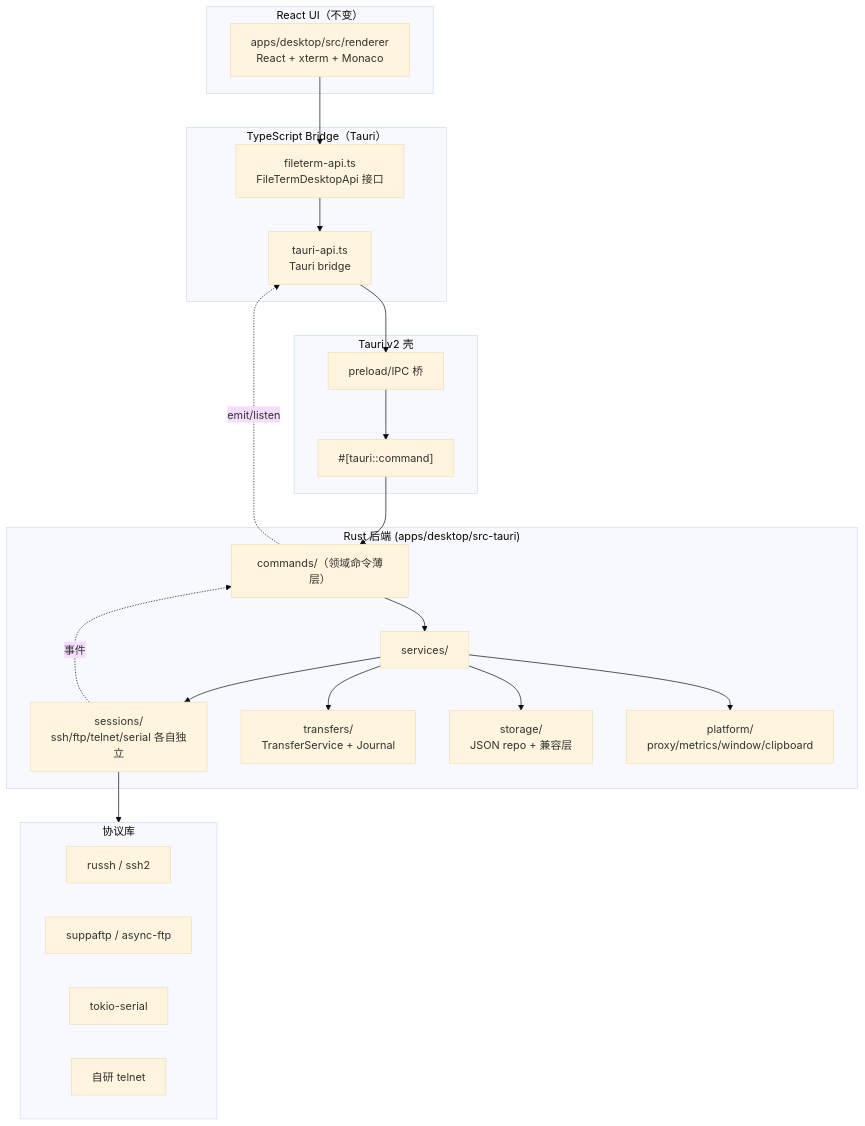
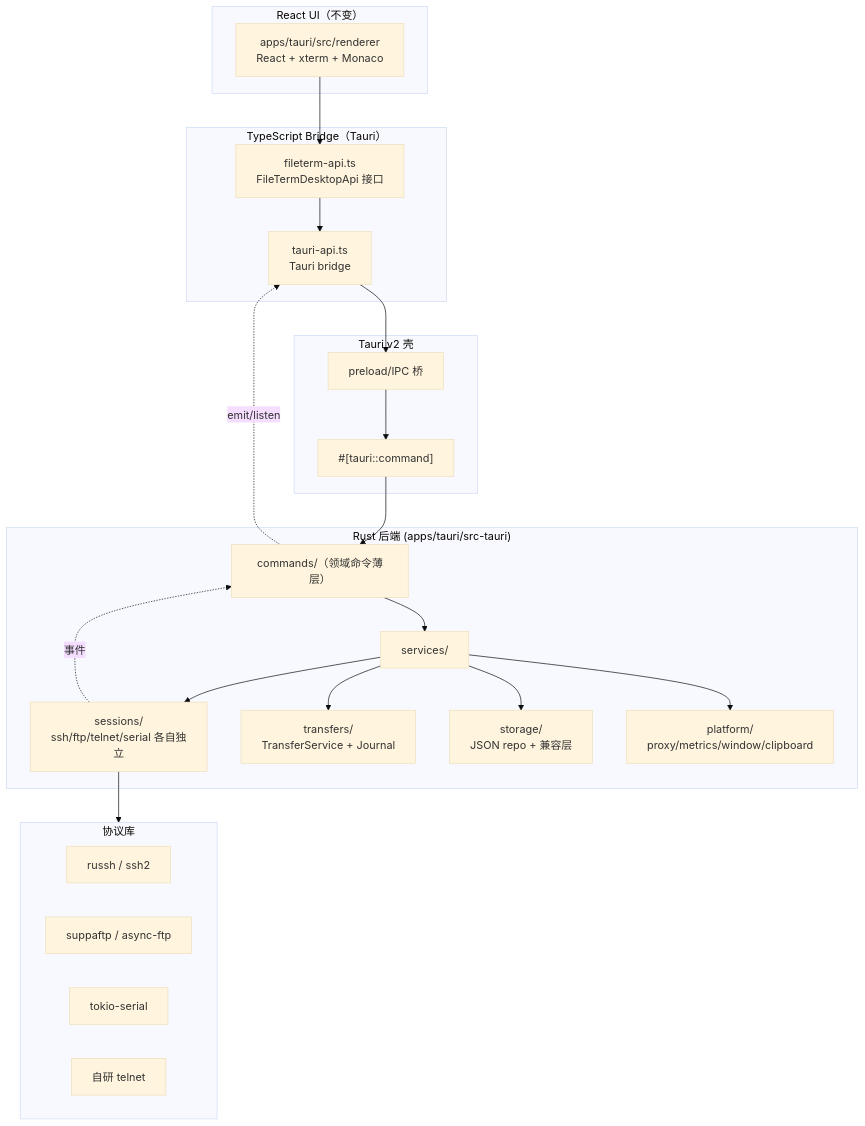
The first of 7 diagrams in docs/plans/active/rust-backend-migration-plan.md (ynx-official/fileterm), drawn with Mermaid (base theme) before and after one commit. The commit also changed other lines of this file and 483 other files, not shown here.

Commit message:
refactor: split tauri and electron apps

````diff
--- a/docs/plans/active/rust-backend-migration-plan.md
+++ b/docs/plans/active/rust-backend-migration-plan.md
@@ -156,37 +156,37 @@
 ```mermaid
 graph TB
   subgraph Renderer["React UI（不变）"]
-    UI["apps/desktop/src/renderer<br/>React + xterm + Monaco"]
+    UI["apps/tauri/src/renderer<br/>React + xterm + Monaco"]
   end
   subgraph Bridge["TypeScript Bridge（Tauri）"]
     FA["fileterm-api.ts<br/>FileTermDesktopApi 接口"]
     TA["tauri-api.ts<br/>Tauri bridge"]
   end
   subgraph TauriShell["Tauri v2 壳"]
     TPRE["preload/IPC 桥"]
     TCMD["#[tauri::command]"]
   end
-  subgraph RustBackend["Rust 后端 (apps/desktop/src-tauri)"]
+  subgraph RustBackend["Rust 后端 (apps/tauri/src-tauri)"]
     CMD["commands/（领域命令薄层）"]
     SVC["services/"]
     SESS["sessions/<br/>ssh/ftp/telnet/serial 各自独立"]
     TRF["transfers/<br/>TransferService + Journal"]
     STO["storage/<br/>JSON repo + 兼容层"]
     PLT["platform/<br/>proxy/metrics/window/clipboard"]
   end
   subgraph Native["协议库"]
     RUS["russh / ssh2"]
     FTP["suppaftp / async-ftp"]
     SER["tokio-serial"]
     TEL["自研 telnet"]
   end
   UI --> FA
   FA --> TA
   TA --> TPRE --> TCMD --> CMD
   CMD --> SVC
   SVC --> SESS --> Native
   SVC --> TRF
   SVC --> STO
   SVC --> PLT
   SESS -.事件.-> CMD -.emit/listen.-> TA
 ```
````
